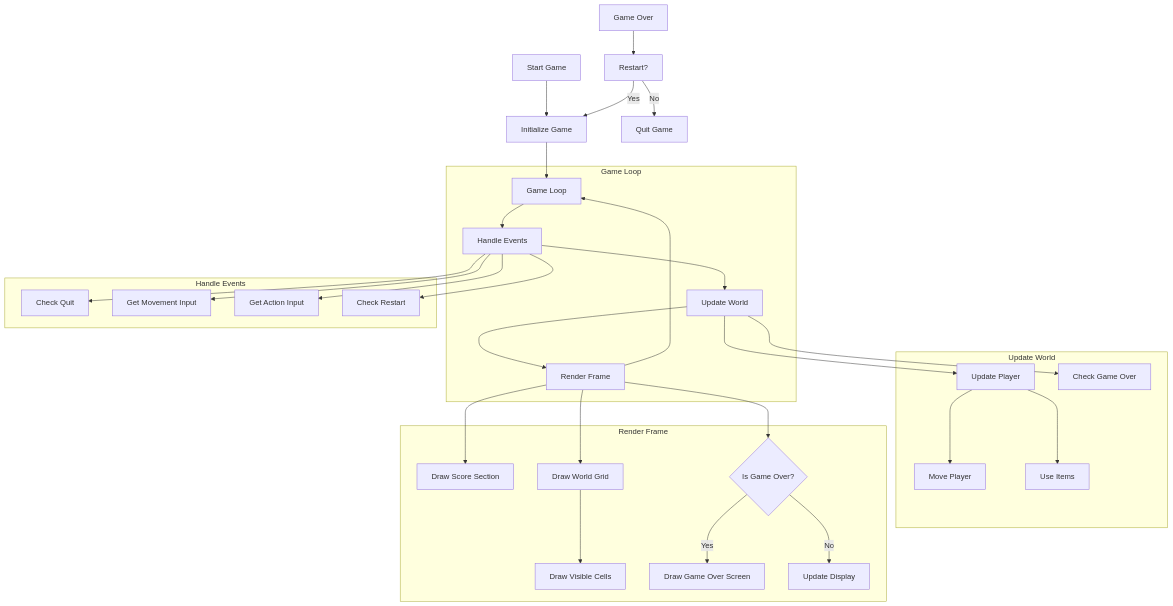
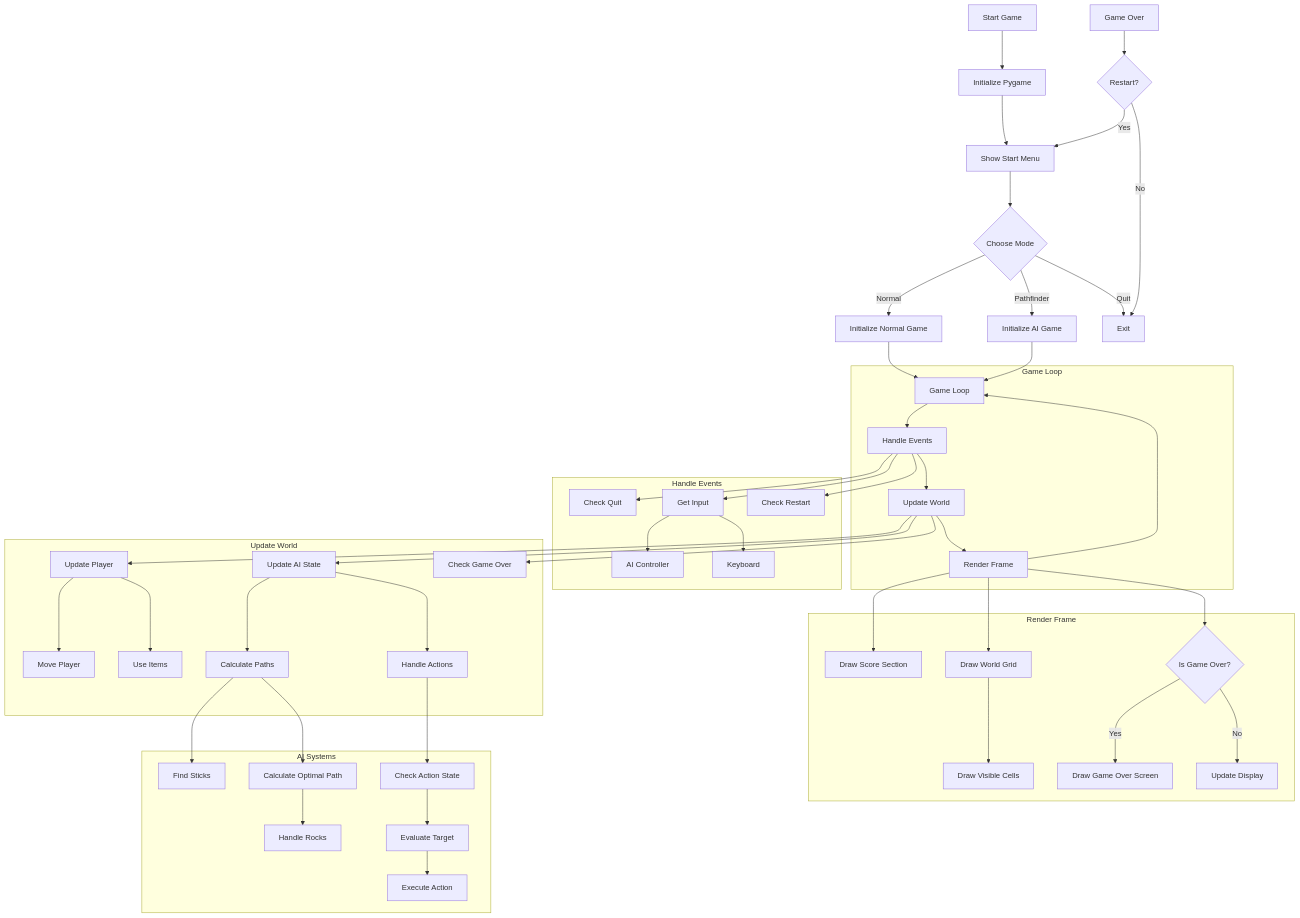
The diagram in flows/project.mermaid (KoldenAxelson/cave-in), drawn with Mermaid before and after one commit.

Commit message:
Project Flow

```diff
--- a/flows/project.mermaid
+++ b/flows/project.mermaid
@@ -1,37 +1,58 @@
 graph TD
-    A[Start Game] --> B[Initialize Game]
-    B --> C[Game Loop]
+    A[Start Game] --> B1[Initialize Pygame]
+    B1 --> B2[Show Start Menu]
+    B2 --> B3{Choose Mode}
+    
+    B3 -->|Normal| C1[Initialize Normal Game]
+    B3 -->|Pathfinder| C2[Initialize AI Game]
+    B3 -->|Quit| Z[Exit]
+    
+    C1 --> D[Game Loop]
+    C2 --> D
     
     subgraph Game Loop
-        C --> D[Handle Events]
-        D --> E[Update World]
-        E --> F[Render Frame]
-        F --> C
+        D --> E[Handle Events]
+        E --> F[Update World]
+        F --> G[Render Frame]
+        G --> D
     end
     
     subgraph Handle Events
-        D --> D1[Check Quit]
-        D --> D2[Get Movement Input]
-        D --> D3[Get Action Input]
-        D --> D4[Check Restart]
+        E --> E1[Check Quit]
+        E --> E2[Get Input]
+        E2 --> E2a[AI Controller]
+        E2 --> E2b[Keyboard]
+        E --> E3[Check Restart]
     end
     
     subgraph Update World
-        E --> E1[Update Player]
-        E1 --> E2[Move Player]
-        E1 --> E3[Use Items]
-        E --> E4[Check Game Over]
+        F --> F1[Update Player]
+        F1 --> F2[Move Player]
+        F1 --> F3[Use Items]
+        F --> F4[Update AI State]
+        F4 --> F4a[Calculate Paths]
+        F4 --> F4b[Handle Actions]
+        F --> F5[Check Game Over]
     end
     
     subgraph Render Frame
-        F --> F1[Draw Score Section]
-        F --> F2[Draw World Grid]
-        F2 --> F3[Draw Visible Cells]
-        F --> F4{Is Game Over?}
-        F4 -->|Yes| F5[Draw Game Over Screen]
-        F4 -->|No| F6[Update Display]
+        G --> G1[Draw Score Section]
+        G --> G2[Draw World Grid]
+        G2 --> G3[Draw Visible Cells]
+        G --> G4{Is Game Over?}
+        G4 -->|Yes| G5[Draw Game Over Screen]
+        G4 -->|No| G6[Update Display]
     end
     
-    G[Game Over] --> H[Restart?]
-    H -->|Yes| B
-    H -->|No| I[Quit Game]
+    H[Game Over] --> I{Restart?}
+    I -->|Yes| B2
+    I -->|No| Z
+
+    subgraph AI Systems
+        F4a --> P1[Find Sticks]
+        F4a --> P2[Calculate Optimal Path]
+        P2 --> P3[Handle Rocks]
+        F4b --> A1[Check Action State]
+        A1 --> A2[Evaluate Target]
+        A2 --> A3[Execute Action]
+    end
```
